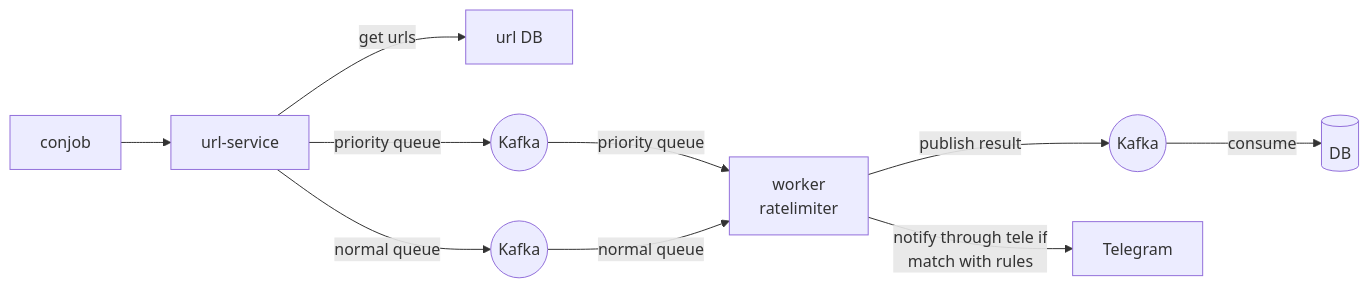
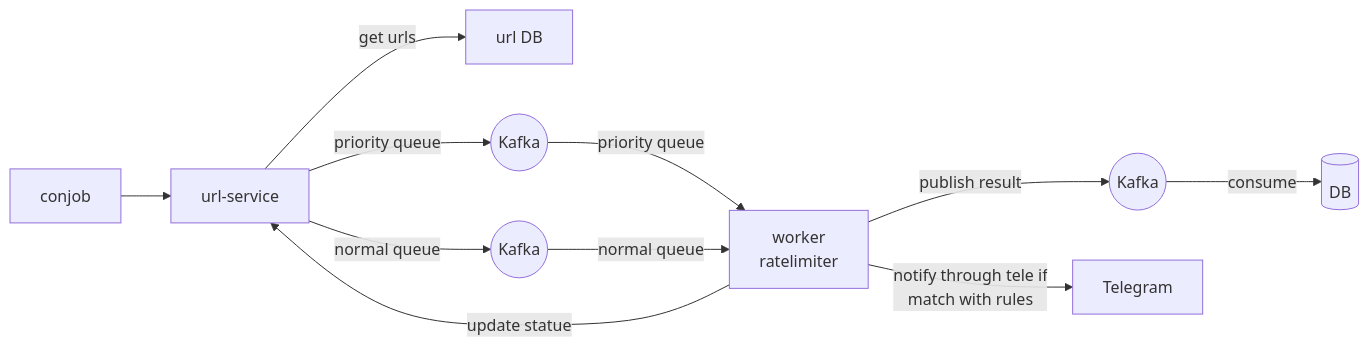
Before and after one commit to NamNV2496/go-crawler: the diagram in README.md, drawn with Mermaid. The commit also changed other lines of this file, not shown here.

````diff
--- a/README.md
+++ b/README.md
@@ -27,12 +29,13 @@
 ```mermaid
 flowchart LR
     conjob[conjob] --> urlservice[url-service]
     urlservice --> |"get urls"| urldb[url DB]
     urlservice -- "priority queue" --> priorityq((Kafka))
     urlservice -- "normal queue" --> normalq((Kafka))
     priorityq -- "priority queue" --> worker
     normalq -- "normal queue" --> worker
     worker[worker<br>ratelimiter] -- "publish result" --> resultq((Kafka))
     resultq -- "consume" --> db[(DB)]
     worker -- "notify through tele if<br>match with rules" --> telegram[Telegram]
+    worker[worker<br>ratelimiter] -- update statue --> urlservice
 ```
````
